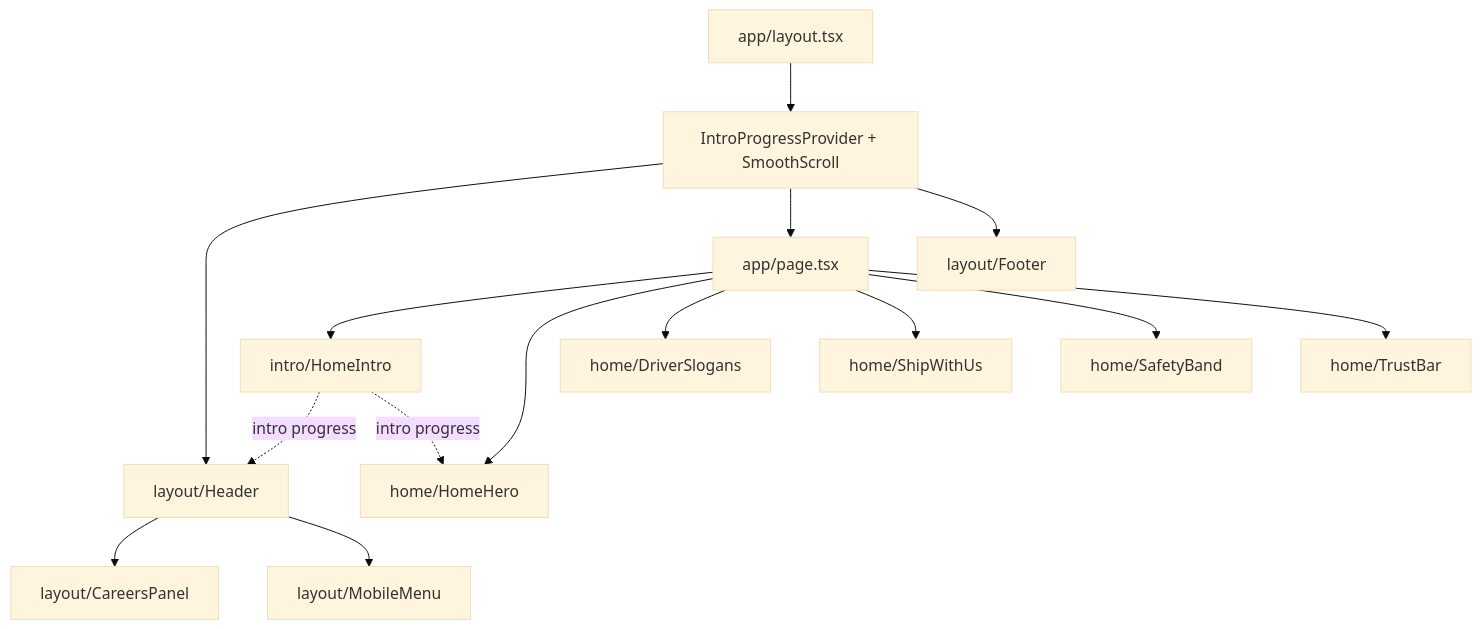
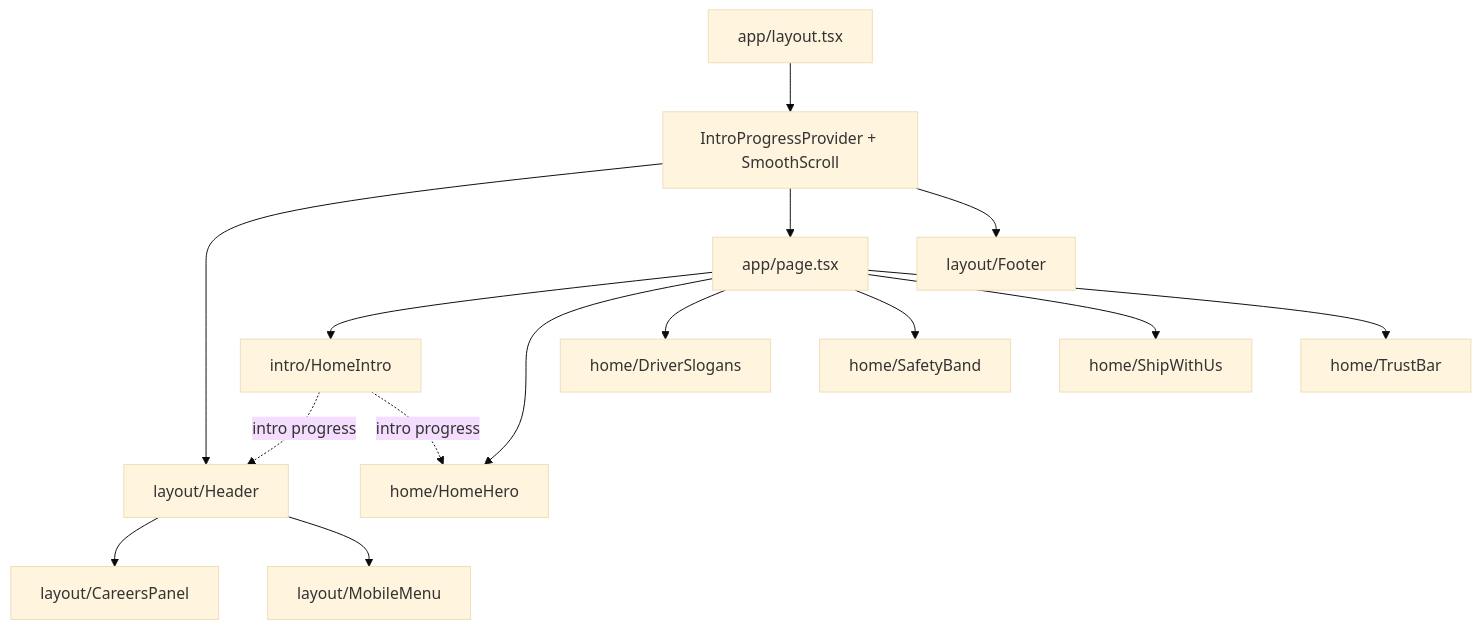
One commit to stadlerv3311/laughing-dollop changed the diagram in docs/NAVIGATION.md. Above: the diagram before and after it, drawn with Mermaid (base theme). The commit also changed other lines of this file and 5 other files, not shown here.

First line of the commit message:
Move the safety band above Ship with us: proof before the ask

````diff
--- a/docs/NAVIGATION.md
+++ b/docs/NAVIGATION.md
@@ -53,17 +53,17 @@
 ```mermaid
 flowchart TD
   Layout["app/layout.tsx"] --> Providers["IntroProgressProvider + SmoothScroll"]
   Providers --> Header["layout/Header"]
   Providers --> Page["app/page.tsx"]
   Providers --> Footer["layout/Footer"]
   Header --> CareersPanel["layout/CareersPanel"]
   Header --> MobileMenu["layout/MobileMenu"]
   Page --> HomeIntro["intro/HomeIntro"]
   Page --> HomeHero["home/HomeHero"]
   Page --> DriverSlogans["home/DriverSlogans"]
+  Page --> SafetyBand["home/SafetyBand"]
   Page --> ShipWithUs["home/ShipWithUs"]
-  Page --> SafetyBand["home/SafetyBand"]
   Page --> TrustBar["home/TrustBar"]
   HomeIntro -. "intro progress" .-> Header
   HomeIntro -. "intro progress" .-> HomeHero
 ```
````
